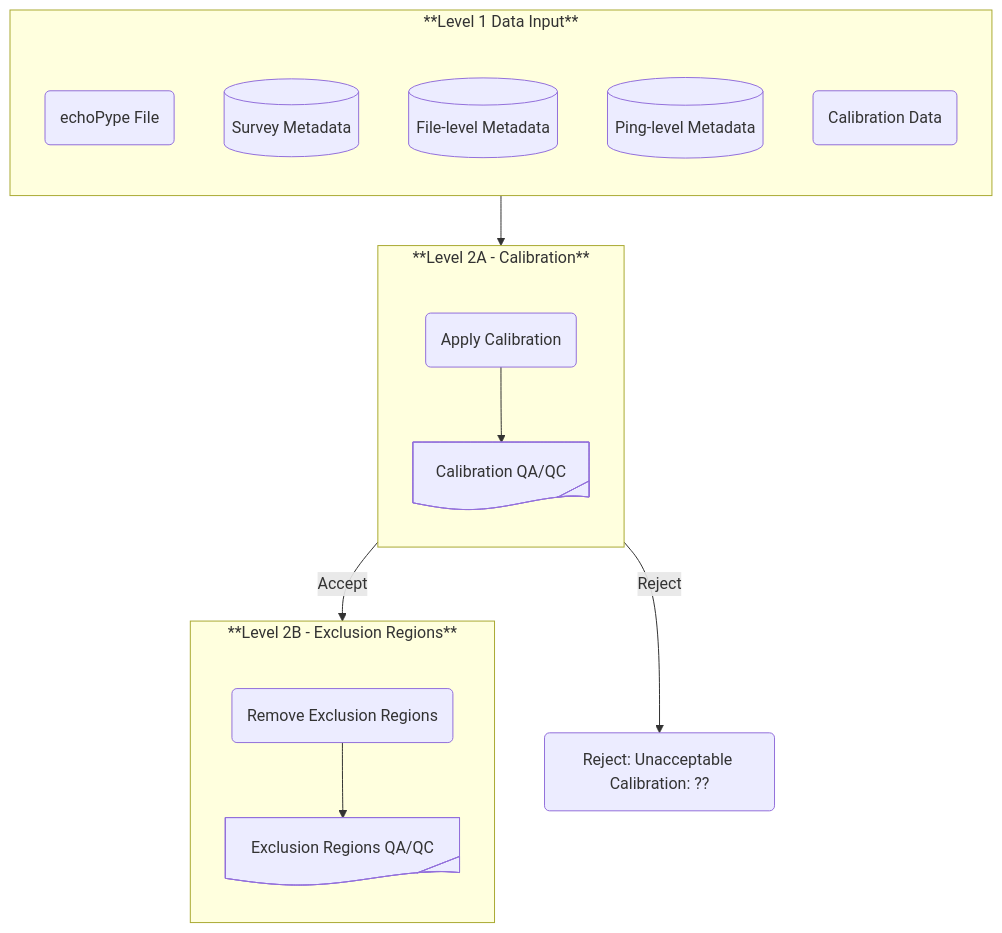
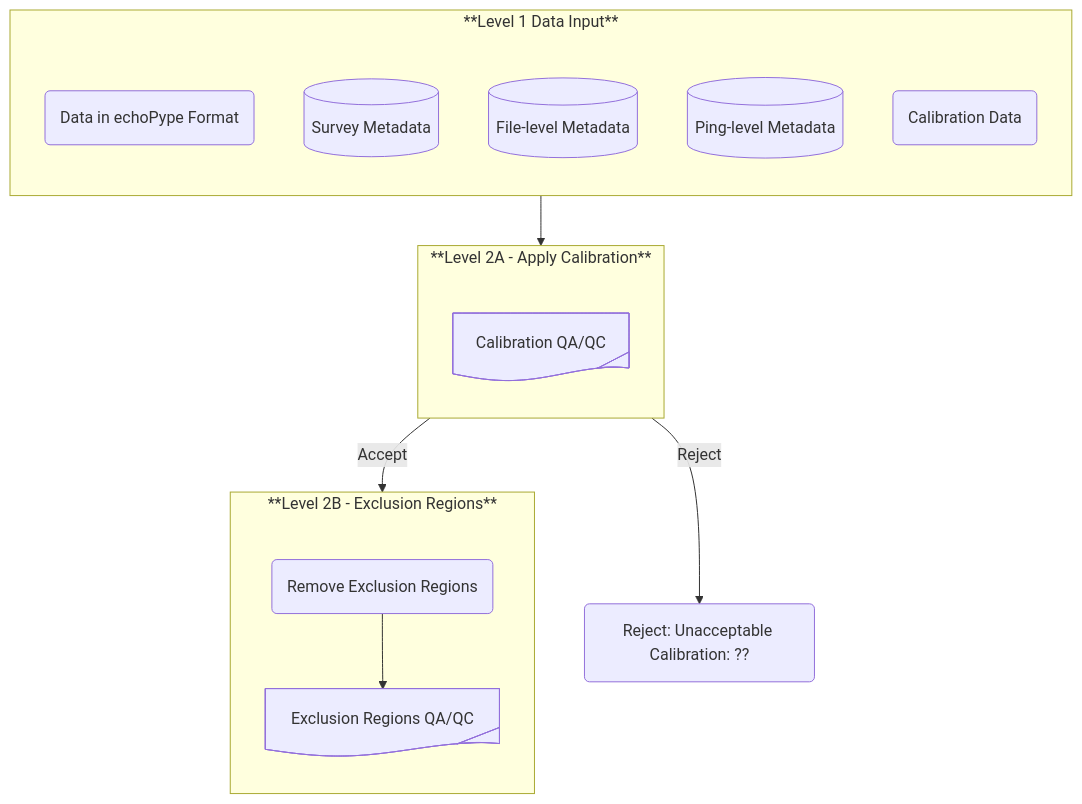
Before and after one commit to nmfs-ost/AA-SI_DataRoadMap: the third of 4 diagrams in README.md, drawn with Mermaid. The commit also changed other lines of this file, not shown here.

First line of the commit message:
Revise Level 3 flowchart

````diff
--- a/README.md
+++ b/README.md
@@ -179,30 +179,30 @@
 ```mermaid
 ---
 config:
     flowchart:
         subGraphTitleMargin:
             "bottom": 30
 ---
 flowchart TB
     subgraph SG_L2_InputData["**Level 1 Data Input**"]
         direction TB
-        node_L2_RD@{ shape: rounded, label: "echoPype File" }
+        node_L2_RD@{ shape: rounded, label: "Data in echoPype Format" }
         node_L2_SMD@{ shape: database, label: "Survey Metadata" }
         node_L2_FMD@{ shape: database, label: "File-level Metadata" }
         node_L2_PMD@{ shape: database, label: "Ping-level Metadata" }
         node_L2_Cal@{ shape: rounded, label: "Calibration Data" }
     end
-    subgraph SG_L2A_Cal["**Level 2A - Calibration**"]
+    subgraph SG_L2A_Cal["**Level 2A - Apply Calibration**"]
         direction TB
-        node_L2A_Cal@{ shape: rounded, label: "Apply Calibration" } --> node_L2A_CalOK@{ shape: tag-doc, label: "Calibration QA/QC" }
+        node_L2A_Cal@{ shape: tag-doc, label: "Calibration QA/QC" }
     end
     subgraph SG_L2B_Exclusion["**Level 2B - Exclusion Regions**"]
         direction TB
         node_L2B_Exclusion@{ shape: rounded, label: "Remove Exclusion Regions" } --> node_L2B_ExOK@{ shape: tag-doc, label: "Exclusion Regions QA/QC" }
     end
 
 SG_L2_InputData --> SG_L2A_Cal
 SG_L2A_Cal --> |Accept| SG_L2B_Exclusion
 SG_L2A_Cal --> |Reject| node_Reject_L2A@{ shape: rounded, label: "Reject: Unacceptable Calibration: ??" }
 
 ```
````
